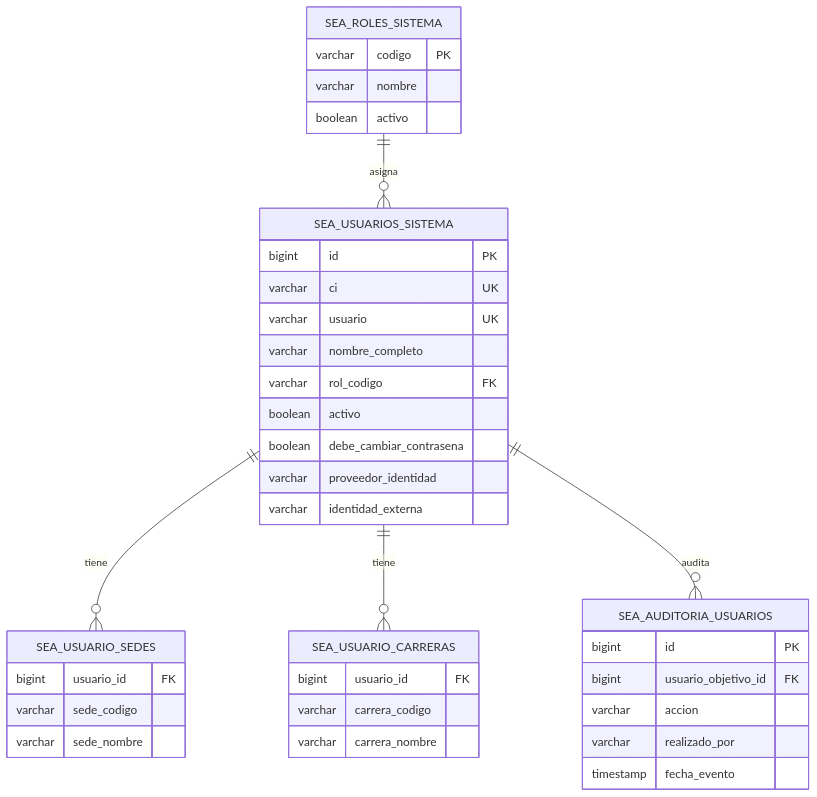
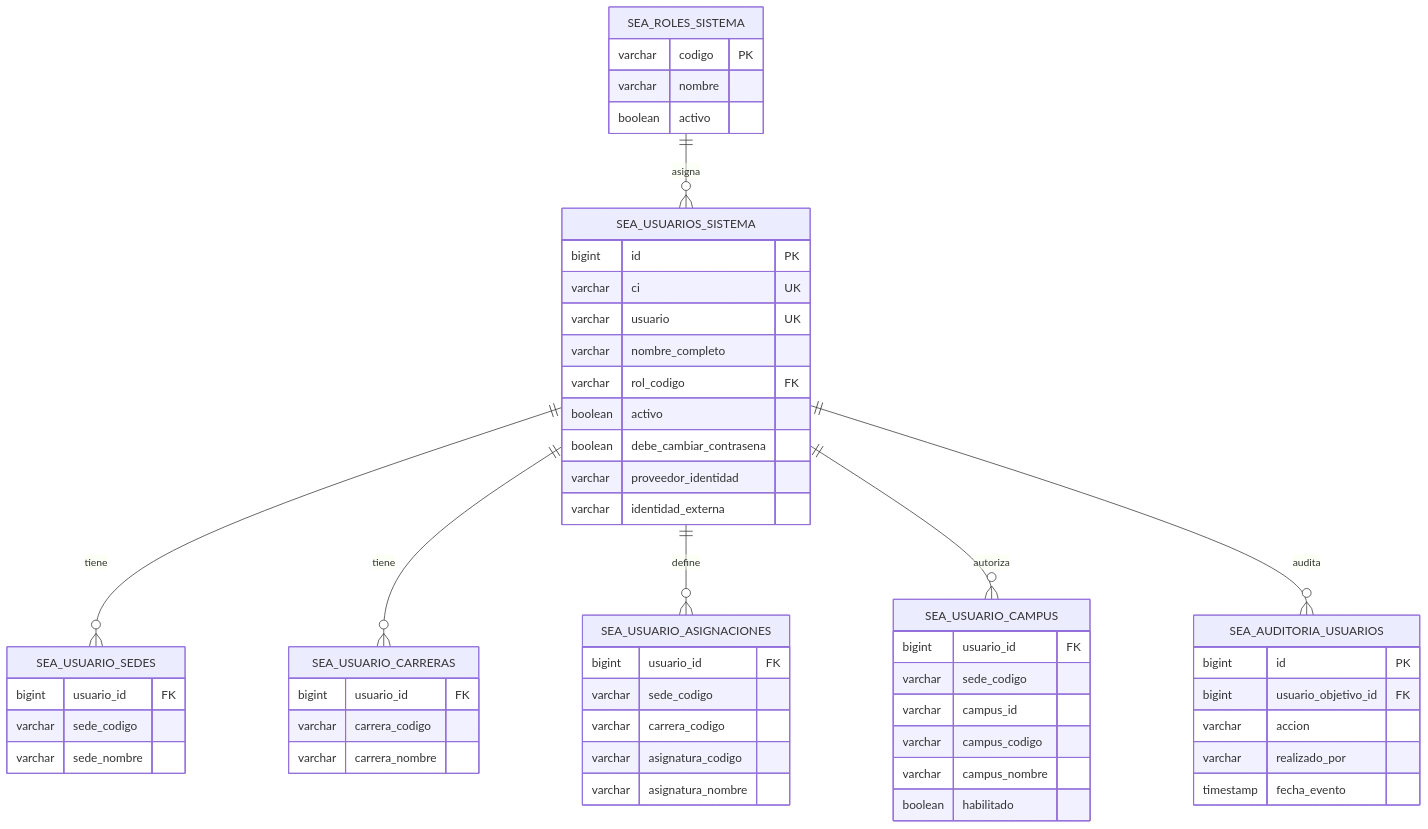
One commit to 4R13L-D3NY5/evaluaciones changed the diagram in docs/modulo-usuarios-accesos.md. Above: the diagram before and after it, drawn with Mermaid. The commit also changed other lines of this file and 63 other files, not shown here.

````diff
--- a/docs/modulo-usuarios-accesos.md
+++ b/docs/modulo-usuarios-accesos.md
@@ -58,41 +59,58 @@
 ```mermaid
 erDiagram
     SEA_USUARIOS_SISTEMA ||--o{ SEA_USUARIO_SEDES : tiene
     SEA_USUARIOS_SISTEMA ||--o{ SEA_USUARIO_CARRERAS : tiene
+    SEA_USUARIOS_SISTEMA ||--o{ SEA_USUARIO_ASIGNACIONES : define
+    SEA_USUARIOS_SISTEMA ||--o{ SEA_USUARIO_CAMPUS : autoriza
     SEA_ROLES_SISTEMA ||--o{ SEA_USUARIOS_SISTEMA : asigna
     SEA_USUARIOS_SISTEMA ||--o{ SEA_AUDITORIA_USUARIOS : audita
 
     SEA_USUARIOS_SISTEMA {
         bigint id PK
         varchar ci UK
         varchar usuario UK
         varchar nombre_completo
         varchar rol_codigo FK
         boolean activo
         boolean debe_cambiar_contrasena
         varchar proveedor_identidad
         varchar identidad_externa
     }
     SEA_ROLES_SISTEMA {
         varchar codigo PK
         varchar nombre
         boolean activo
     }
     SEA_USUARIO_SEDES {
         bigint usuario_id FK
         varchar sede_codigo
         varchar sede_nombre
     }
     SEA_USUARIO_CARRERAS {
         bigint usuario_id FK
         varchar carrera_codigo
         varchar carrera_nombre
     }
+    SEA_USUARIO_ASIGNACIONES {
+        bigint usuario_id FK
+        varchar sede_codigo
+        varchar carrera_codigo
+        varchar asignatura_codigo
+        varchar asignatura_nombre
+    }
+    SEA_USUARIO_CAMPUS {
+        bigint usuario_id FK
+        varchar sede_codigo
+        varchar campus_id
+        varchar campus_codigo
+        varchar campus_nombre
+        boolean habilitado
+    }
     SEA_AUDITORIA_USUARIOS {
         bigint id PK
         bigint usuario_objetivo_id FK
         varchar accion
         varchar realizado_por
         timestamp fecha_evento
     }
 ```
````
